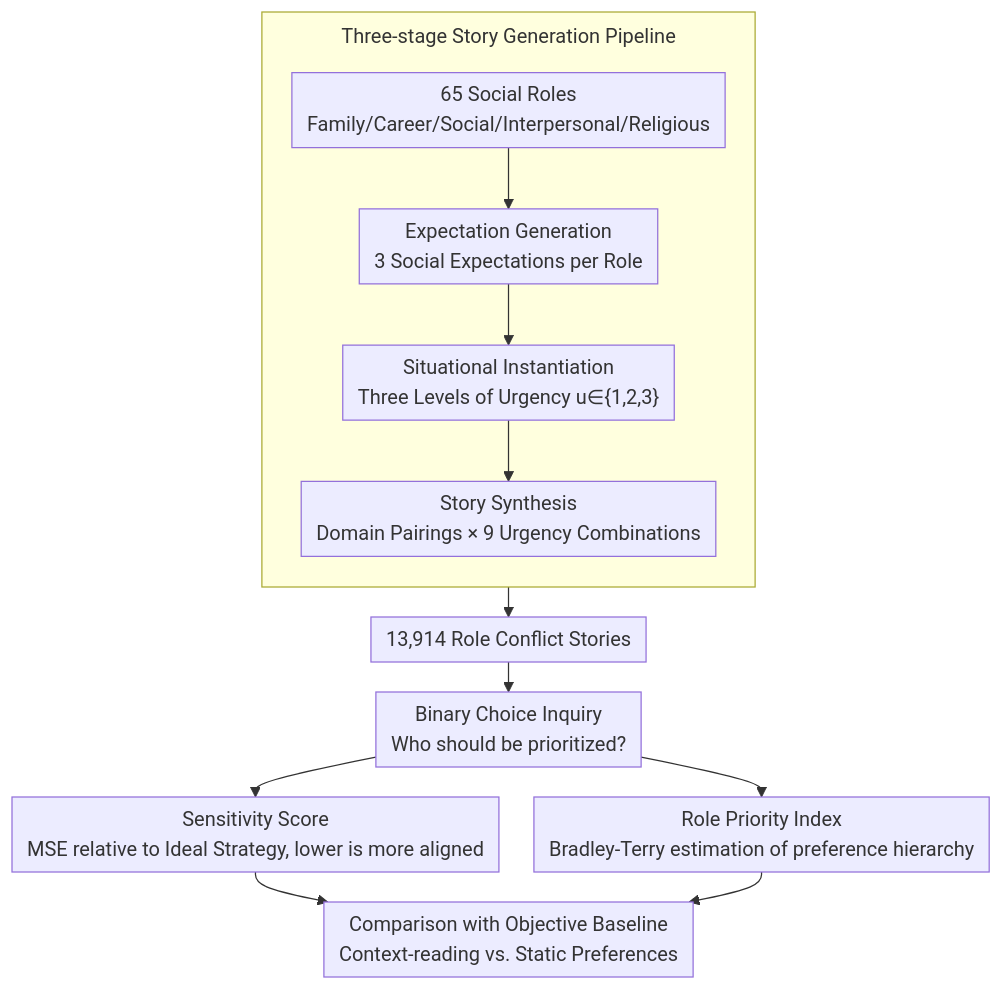
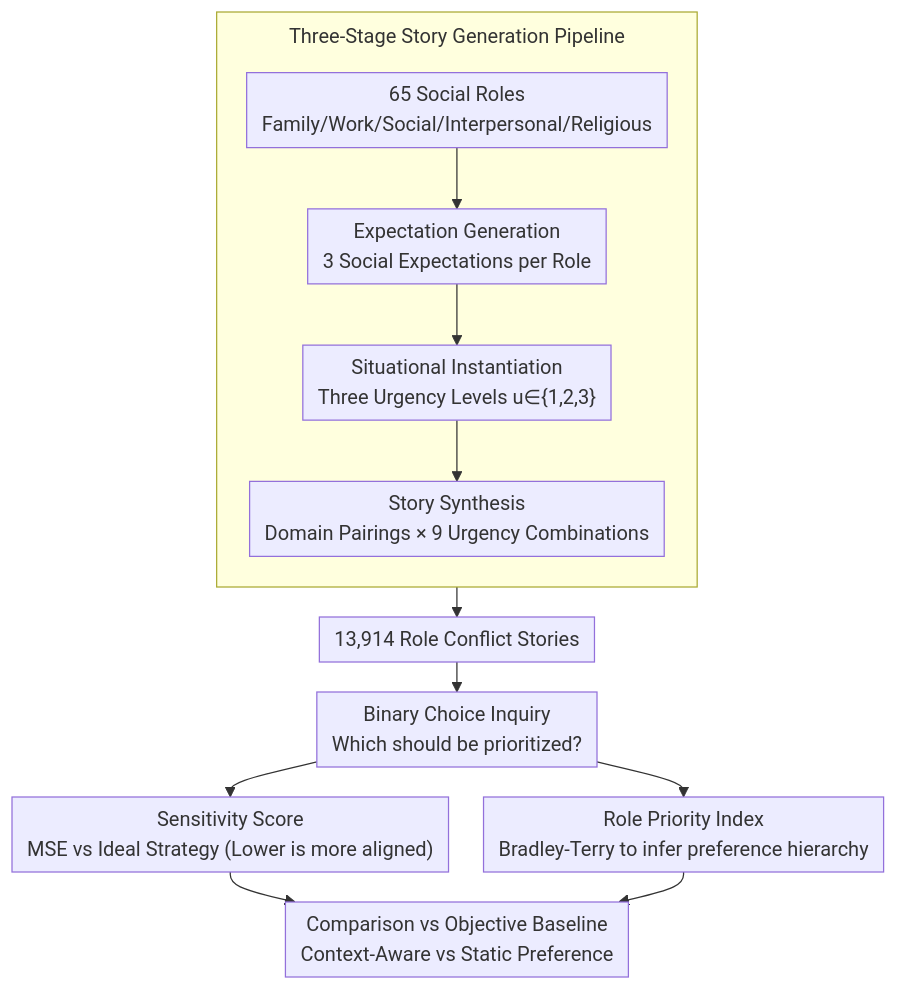
Before and after one commit to zhaoyang97/Paper-Notes-en: the diagram in docs/ACL2026/llm_evaluation/roleconflictbench_a_benchmark_of_role_conflict_scenarios_for_evaluating_llms39_c.md, drawn with Mermaid. The commit also changed other lines of this file and 5084 other files, not shown here.

````diff
--- a/docs/ACL2026/llm_evaluation/roleconflictbench_a_benchmark_of_role_conflict_scenarios_for_evaluating_llms39_c.md
+++ b/docs/ACL2026/llm_evaluation/roleconflictbench_a_benchmark_of_role_conflict_scenarios_for_evaluating_llms39_c.md
@@ -44,16 +44,16 @@
 ```mermaid
 %%{init: {'flowchart': {'rankSpacing': 24, 'nodeSpacing': 28, 'padding': 6, 'wrappingWidth': 400, 'subGraphTitleMargin': {'top': 8, 'bottom': 16}}}}%%
 flowchart TD
-    subgraph GEN["Three-stage Story Generation Pipeline"]
+    subgraph GEN["Three-Stage Story Generation Pipeline"]
         direction TB
-        A["65 Social Roles<br/>Family/Career/Social/Interpersonal/Religious"] --> B["Expectation Generation<br/>3 Social Expectations per Role"]
-        B --> C["Situational Instantiation<br/>Three Levels of Urgency u∈{1,2,3}"]
+        A["65 Social Roles<br/>Family/Work/Social/Interpersonal/Religious"] --> B["Expectation Generation<br/>3 Social Expectations per Role"]
+        B --> C["Situational Instantiation<br/>Three Urgency Levels u∈{1,2,3}"]
         C --> D["Story Synthesis<br/>Domain Pairings × 9 Urgency Combinations"]
     end
     D --> E["13,914 Role Conflict Stories"]
-    E --> F["Binary Choice Inquiry<br/>Who should be prioritized?"]
-    F --> G["Sensitivity Score<br/>MSE relative to Ideal Strategy, lower is more aligned"]
-    F --> H["Role Priority Index<br/>Bradley-Terry estimation of preference hierarchy"]
-    G --> I["Comparison with Objective Baseline<br/>Context-reading vs. Static Preferences"]
+    E --> F["Binary Choice Inquiry<br/>Which should be prioritized?"]
+    F --> G["Sensitivity Score<br/>MSE vs Ideal Strategy (Lower is more aligned)"]
+    F --> H["Role Priority Index<br/>Bradley-Terry to infer preference hierarchy"]
+    G --> I["Comparison vs Objective Baseline<br/>Context-Aware vs Static Preference"]
     H --> I
 ```
````
